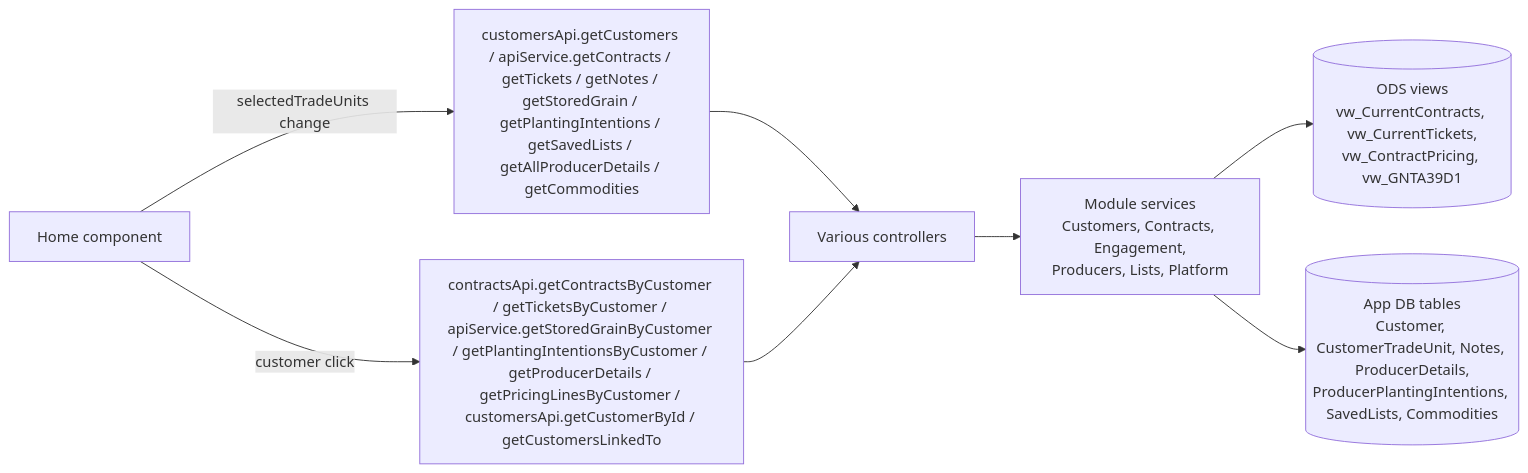
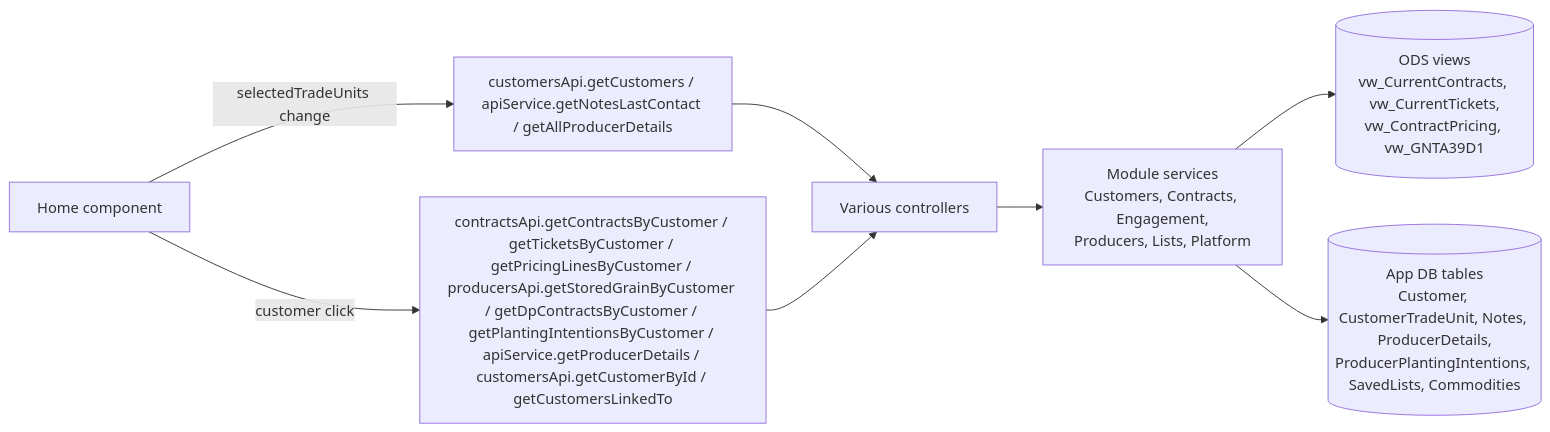
Before and after one commit to GrosseLimace/origination: the diagram in docs/application-context/Customer Home Page.md, drawn with Mermaid. The commit also changed other lines of this file and 59 other files, not shown here.

First line of the commit message:
refactor(client): move planting, stored grain and DP into the Producers module

````diff
--- a/docs/application-context/Customer Home Page.md
+++ b/docs/application-context/Customer Home Page.md
@@ -107,12 +107,12 @@
 ```mermaid
 flowchart LR
     UI[Home component]
-    UI -- "selectedTradeUnits change" --> Get[customersApi.getCustomers / apiService.getContracts / getTickets / getNotes / getStoredGrain / getPlantingIntentions / getSavedLists / getAllProducerDetails / getCommodities]
+    UI -- "selectedTradeUnits change" --> Get[customersApi.getCustomers / apiService.getNotesLastContact / getAllProducerDetails]
     Get --> CTL[Various controllers]
     CTL --> SVC[Module services<br/>Customers, Contracts, Engagement,<br/>Producers, Lists, Platform]
     SVC --> ODS[(ODS views<br/>vw_CurrentContracts, vw_CurrentTickets,<br/>vw_ContractPricing, vw_GNTA39D1)]
     SVC --> APP[(App DB tables<br/>Customer, CustomerTradeUnit, Notes, ProducerDetails,<br/>ProducerPlantingIntentions, SavedLists, Commodities)]
 
-    UI -- "customer click" --> ByCustomer[contractsApi.getContractsByCustomer / getTicketsByCustomer / apiService.getStoredGrainByCustomer / getPlantingIntentionsByCustomer / getProducerDetails / getPricingLinesByCustomer / customersApi.getCustomerById / getCustomersLinkedTo]
+    UI -- "customer click" --> ByCustomer[contractsApi.getContractsByCustomer / getTicketsByCustomer / getPricingLinesByCustomer / producersApi.getStoredGrainByCustomer / getDpContractsByCustomer / getPlantingIntentionsByCustomer / apiService.getProducerDetails / customersApi.getCustomerById / getCustomersLinkedTo]
     ByCustomer --> CTL
 ```
````
